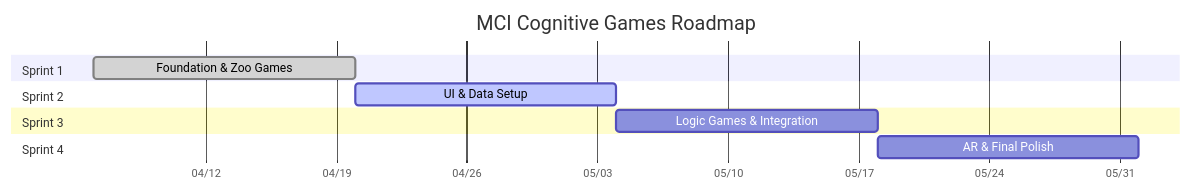
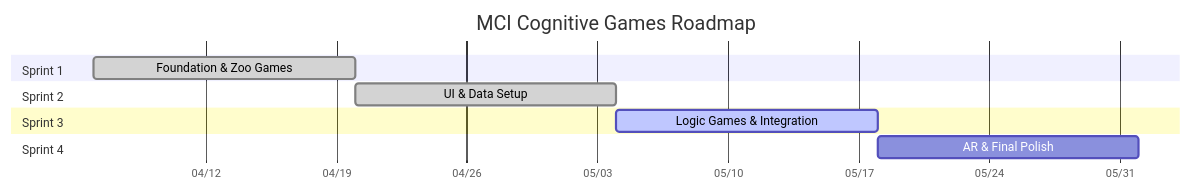
One commit to ChayutChanmueang/mci-cognitive-game-hub-dev-deploy changed the diagram in docs/agile/sprint-planning.md. Above: the diagram before and after it, drawn with Mermaid. The commit also changed other lines of this file and 12 other files, not shown here.

````diff
--- a/docs/agile/sprint-planning.md
+++ b/docs/agile/sprint-planning.md
@@ -15,14 +15,14 @@
 ```mermaid
 gantt
     title MCI Cognitive Games Roadmap
     dateFormat  YYYY-MM-DD
     axisFormat  %m/%d
     section Sprint 1
     Foundation & Zoo Games :done, s1, 2026-04-06, 14d
     section Sprint 2
-    UI & Data Setup        :active, s2, 2026-04-20, 14d
+    UI & Data Setup        :done, s2, 2026-04-20, 14d
     section Sprint 3
-    Logic Games & Integration :s3, after s2, 14d
+    Logic Games & Integration :active, s3, 2026-05-04, 14d
     section Sprint 4
     AR & Final Polish      :s4, after s3, 14d
 ```
````
